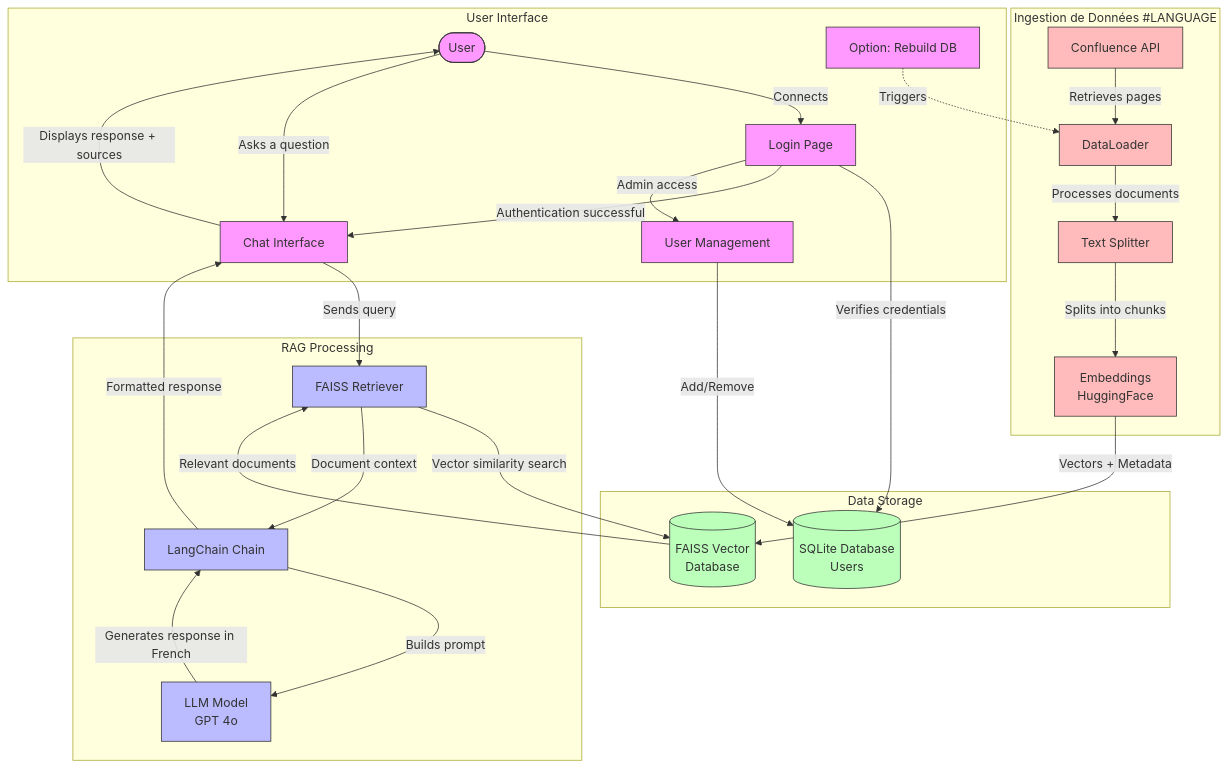
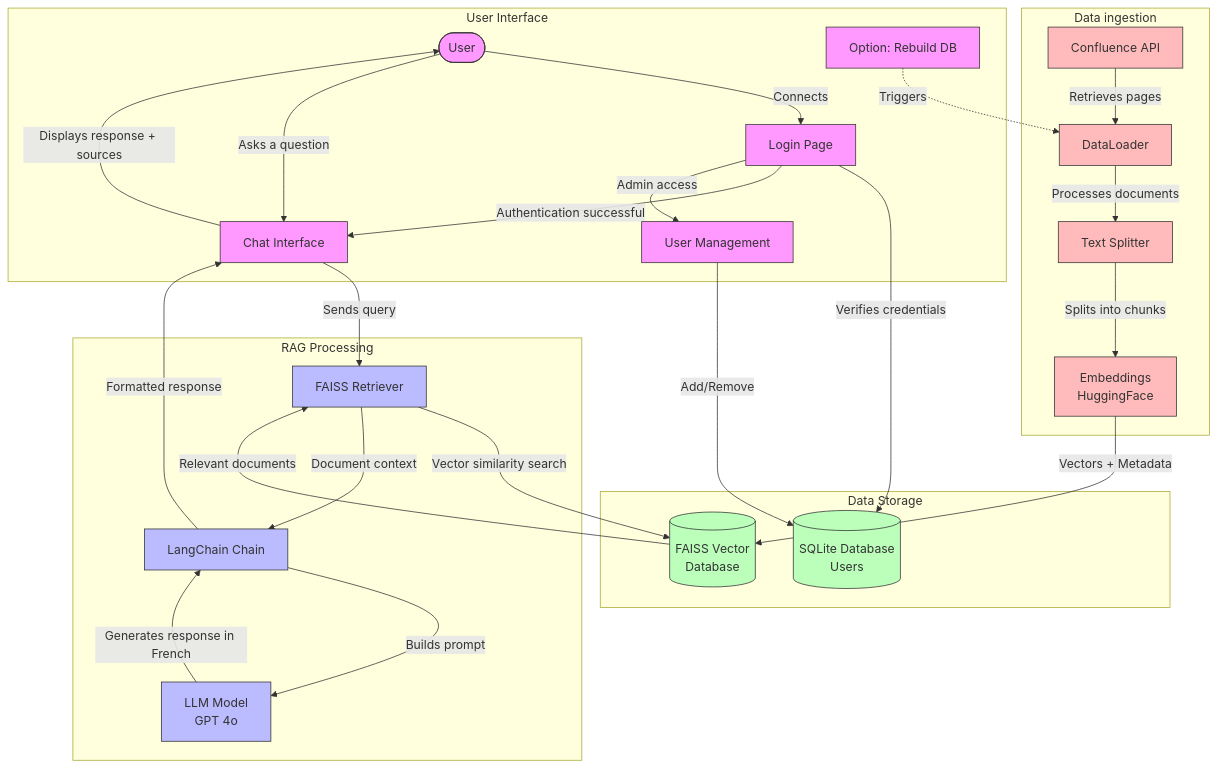
One commit to Isskar/Isschat changed the diagram in flux_donnees.mmd. Above: the diagram before and after it, drawn with Mermaid. The commit also changed 5 other files, not shown here.

```diff
--- a/flux_donnees.mmd
+++ b/flux_donnees.mmd
@@ -1,70 +1,70 @@
 graph TD
     %% Users and Interface
     User([User]) -->|Connects| Login[Login Page]
     Login -->|Verifies credentials| AuthDB[(SQLite Database<br>Users)]
     Login -->|Authentication successful| Chat[Chat Interface]
     Login -->|Admin access| Admin[User Management]
     
     %% Question Flow
     User -->|Asks a question| Chat
     Chat -->|Sends query| Retriever[FAISS Retriever]
     
     %% Document Search
     Retriever -->|Vector similarity search| VectorDB[(FAISS Vector<br>Database)]
     VectorDB -->|Relevant documents| Retriever
     
     %% Response Generation
     Retriever -->|Document context| Chain[LangChain Chain]
     Chain -->|Builds prompt| LLM[LLM Model<br>GPT 4o]
     LLM -->|Generates response in French| Chain
     Chain -->|Formatted response| Chat
     Chat -->|Displays response + sources| User
     
     %% Database Initialization and Update
     ConfluenceAPI[Confluence API] -->|Retrieves pages| DataLoader[DataLoader]
     DataLoader -->|Processes documents| TextSplitter[Text Splitter]
     TextSplitter -->|Splits into chunks| Embedder[Embeddings<br>HuggingFace]
     Embedder -->|Vectors + Metadata| VectorDB
     
     %% User Management
     Admin -->|Add/Remove| AuthDB
     
     %% Advanced Options
     RebuildDB[Option: Rebuild DB] -.->|Triggers| DataLoader
     
     %% Subgraphs for organization
     subgraph "User Interface"
         User
         Login
         Chat
         Admin
         RebuildDB
     end
     
     subgraph "RAG Processing"
         Retriever
         Chain
         LLM
     end
     
     subgraph "Data Storage"
         VectorDB
         AuthDB
     end
     
-    subgraph "Ingestion de Données"  #LANGUAGE
+    subgraph "Data ingestion"
         ConfluenceAPI
         DataLoader
         TextSplitter
         Embedder
     end
     
     classDef interface fill:#f9f,stroke:#333,stroke-width:1px
     classDef processing fill:#bbf,stroke:#333,stroke-width:1px
     classDef storage fill:#bfb,stroke:#333,stroke-width:1px
     classDef ingestion fill:#fbb,stroke:#333,stroke-width:1px
     
     class User,Login,Chat,Admin,RebuildDB interface
     class Retriever,Chain,LLM processing
     class VectorDB,AuthDB storage
     class ConfluenceAPI,DataLoader,TextSplitter,Embedder ingestion
```
